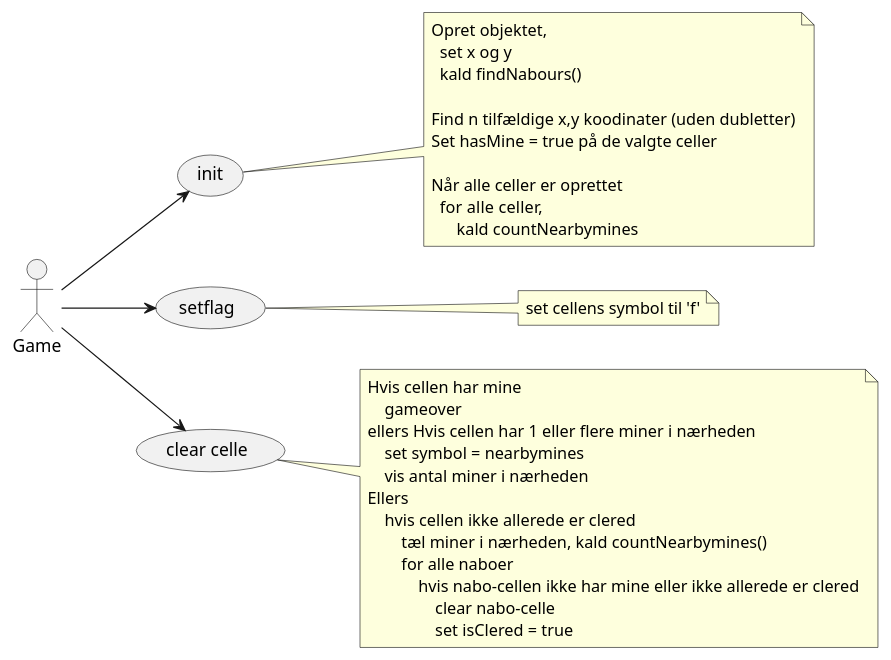
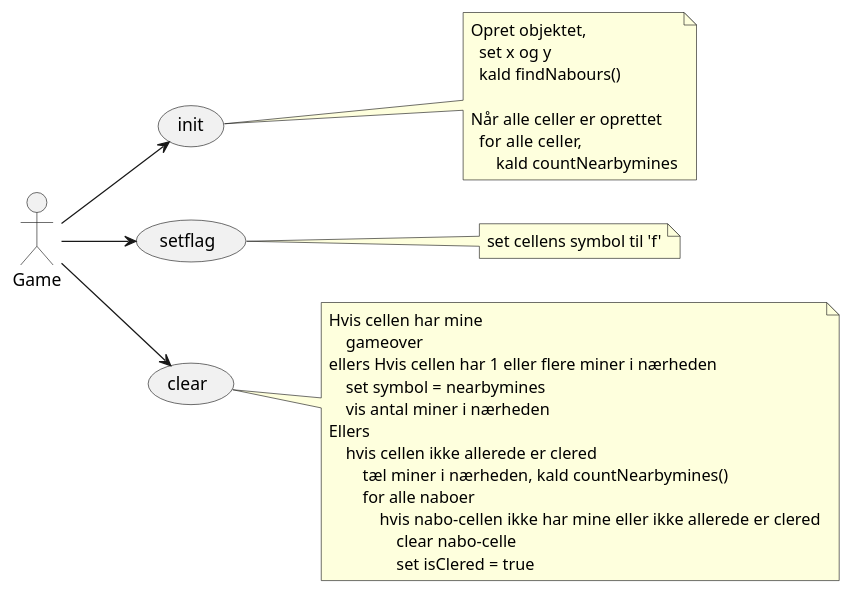
The diagram in docs/Minecell_use-cases.puml (Erhvervsskolen-2011/Minesweeper_text_oop), drawn with PlantUML before and after one commit. The commit also changed 4 other files, not shown here.

```diff
--- a/docs/Minecell_use-cases.puml
+++ b/docs/Minecell_use-cases.puml
@@ -1,43 +1,40 @@
 @startuml
 
 left to right direction
 
 Game --> (init)
 
 note right of (init)
   Opret objektet, 
     set x og y
     kald findNabours()
   
-  Find n tilfældige x,y koodinater (uden dubletter)
-  Set hasMine = true på de valgte celler
-
   Når alle celler er oprettet
     for alle celler,
         kald countNearbymines
 end note
 
 Game --> (setflag)
 
 note right of (setflag)
     set cellens symbol til 'f'
 end note
 
-Game --> (clear celle)
+Game --> (clear)
 
-note right of (clear celle)
+note right of (clear)
     Hvis cellen har mine
         gameover
     ellers Hvis cellen har 1 eller flere miner i nærheden
         set symbol = nearbymines
         vis antal miner i nærheden
     Ellers
         hvis cellen ikke allerede er clered
             tæl miner i nærheden, kald countNearbymines()
             for alle naboer
                 hvis nabo-cellen ikke har mine eller ikke allerede er clered
                     clear nabo-celle
                     set isClered = true
 end note
 
 @enduml
```
